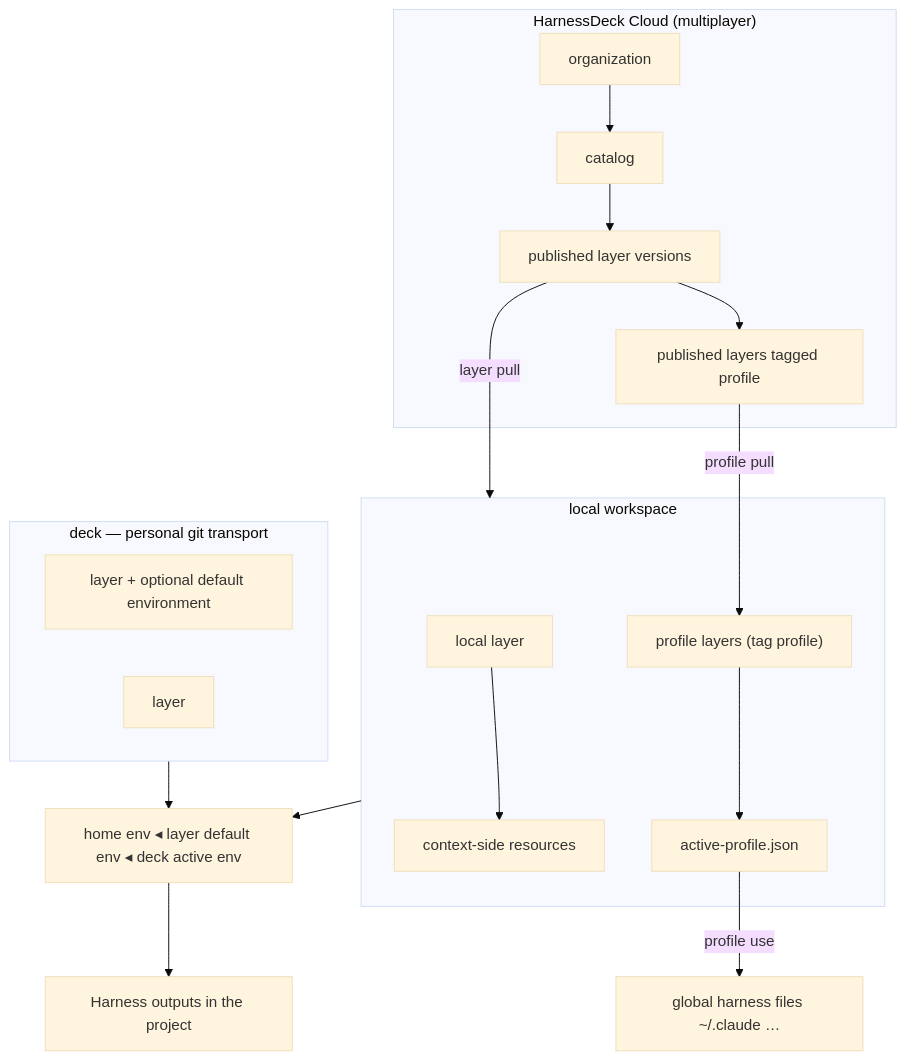
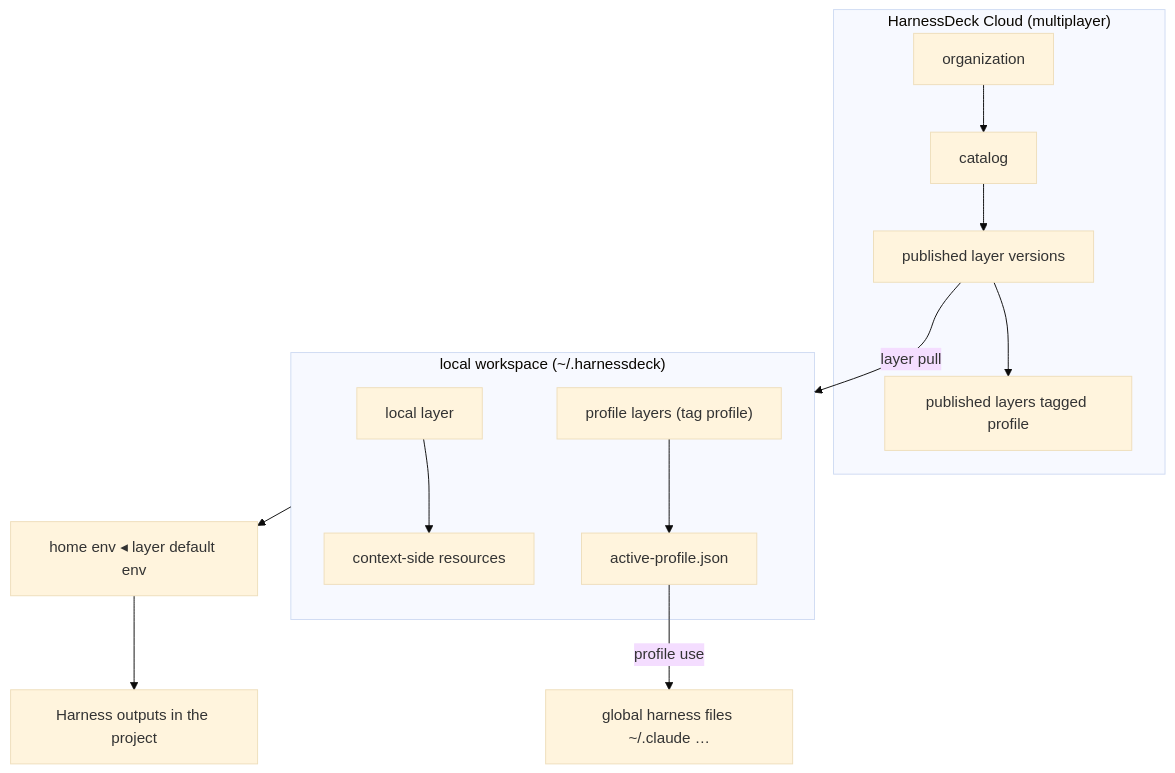
The diagram in SPEC.md (harnesstap/harnesstap), drawn with Mermaid (base theme) before and after one commit. The commit also changed other lines of this file and 79 other files, not shown here.

First line of the commit message:
Remove hd deck CLI in favor of implicit workspace and migrate v2.

````diff
--- a/SPEC.md
+++ b/SPEC.md
@@ -29,32 +29,25 @@
 ```mermaid
 flowchart TB
   subgraph Cloud["HarnessDeck Cloud (multiplayer)"]
     Org[organization]
     Cat[catalog]
     PubL[published layer versions]
     PubP["published layers tagged profile"]
     Org --> Cat --> PubL
     PubL --> PubP
   end
 
-  subgraph Local["local workspace"]
+  subgraph Workspace["local workspace (~/.harnessdeck)"]
     LL[local layer]
     Res[context-side resources]
     PL["profile layers (tag profile)"]
     AP[active-profile.json]
     LL --> Res
     PL --> AP
   end
 
-  subgraph Deck["deck — personal git transport"]
-    DL1[layer + optional default environment]
-    DL2[layer]
-  end
-
-  PubL -->|layer pull| Local
-  PubP -->|profile pull| PL
-  Deck --> Cascade["home env ◂ layer default env ◂ deck active env"]
-  Local --> Cascade
+  PubL -->|layer pull| Workspace
+  Workspace --> Cascade["home env ◂ layer default env"]
   AP -->|profile use| Global["global harness files ~/.claude …"]
   Cascade --> Out[Harness outputs in the project]
 ```
````
